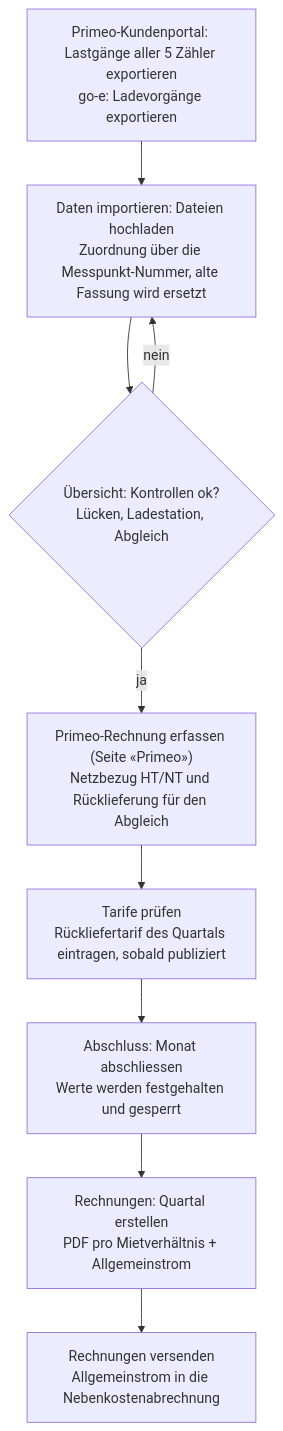
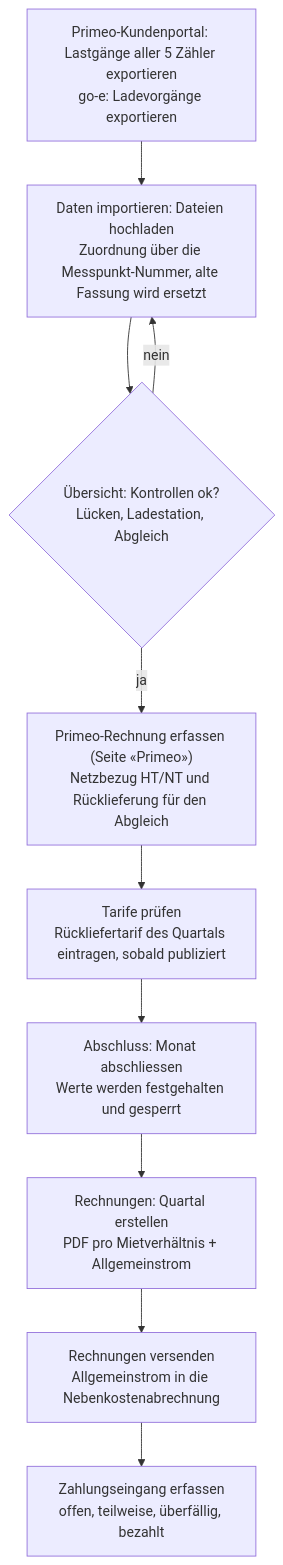
One commit to khu1985/vzev-ha changed the diagram in docs/prozess-monatlich.mmd. Above: the diagram before and after it, drawn with Mermaid. The commit also changed 7 other files, not shown here.

```diff
--- a/docs/prozess-monatlich.mmd
+++ b/docs/prozess-monatlich.mmd
@@ -1,9 +1,10 @@
 flowchart TD
     A["Primeo-Kundenportal: Lastgänge aller 5 Zähler exportieren<br/>go-e: Ladevorgänge exportieren"] --> B["Daten importieren: Dateien hochladen<br/>Zuordnung über die Messpunkt-Nummer, alte Fassung wird ersetzt"]
     B --> C{"Übersicht: Kontrollen ok?<br/>Lücken, Ladestation, Abgleich"}
     C -- nein --> B
     C -- ja --> D["Primeo-Rechnung erfassen (Seite «Primeo»)<br/>Netzbezug HT/NT und Rücklieferung für den Abgleich"]
     D --> E["Tarife prüfen<br/>Rückliefertarif des Quartals eintragen, sobald publiziert"]
     E --> F["Abschluss: Monat abschliessen<br/>Werte werden festgehalten und gesperrt"]
     F --> G["Rechnungen: Quartal erstellen<br/>PDF pro Mietverhältnis + Allgemeinstrom"]
     G --> H["Rechnungen versenden<br/>Allgemeinstrom in die Nebenkostenabrechnung"]
+    H --> Z["Zahlungseingang erfassen<br/>offen, teilweise, überfällig, bezahlt"]
```
